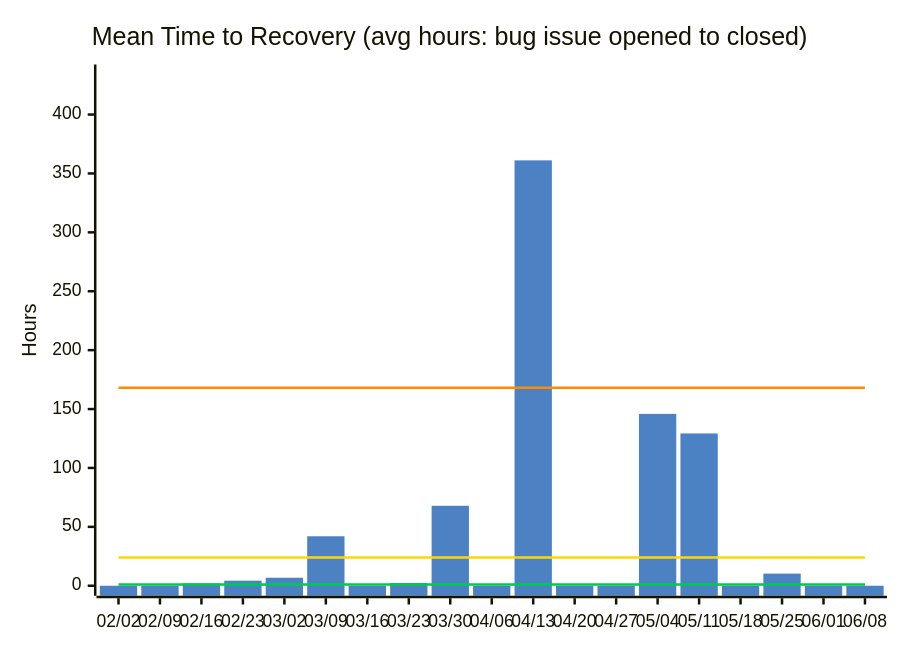
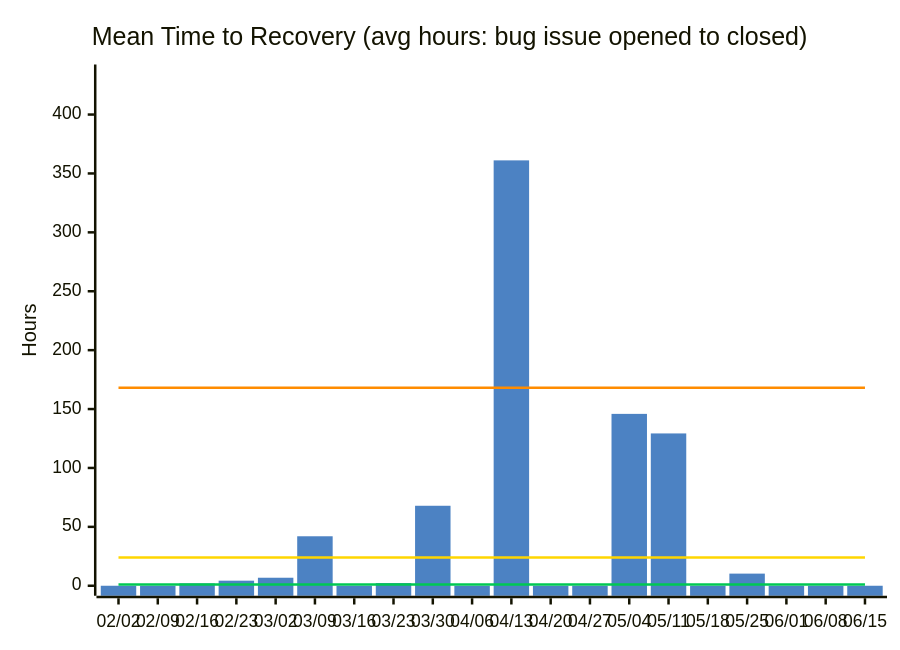
Before and after one commit to nablarch/nabledge-dev: the fourth of 14 diagrams in docs/metrics.md, drawn with Mermaid. The commit also changed other lines of this file and 2 other files, not shown here.

````diff
--- a/docs/metrics.md
+++ b/docs/metrics.md
@@ -73,11 +73,11 @@
 ```mermaid
 %%{init: {'theme': 'base', 'themeVariables': {'xyChart': {'plotColorPalette': '#4C82C3,#00C853,#FFD600,#FF8C00'}}}}%%
 xychart-beta
   title "Mean Time to Recovery (avg hours: bug issue opened to closed)"
-  x-axis ["02/02", "02/09", "02/16", "02/23", "03/02", "03/09", "03/16", "03/23", "03/30", "04/06", "04/13", "04/20", "04/27", "05/04", "05/11", "05/18", "05/25", "06/01", "06/08"]
+  x-axis ["02/02", "02/09", "02/16", "02/23", "03/02", "03/09", "03/16", "03/23", "03/30", "04/06", "04/13", "04/20", "04/27", "05/04", "05/11", "05/18", "05/25", "06/01", "06/08", "06/15"]
   y-axis "Hours" 0 --> 434
-  bar [0, 0, 2, 4.3, 6.8, 42, 0, 2.3, 67.9, 0, 361.1, 0, 0, 145.9, 129.3, 0, 10.3, 0, 0]
-  line [1, 1, 1, 1, 1, 1, 1, 1, 1, 1, 1, 1, 1, 1, 1, 1, 1, 1, 1]
-  line [24, 24, 24, 24, 24, 24, 24, 24, 24, 24, 24, 24, 24, 24, 24, 24, 24, 24, 24]
-  line [168, 168, 168, 168, 168, 168, 168, 168, 168, 168, 168, 168, 168, 168, 168, 168, 168, 168, 168]
+  bar [0, 0, 2, 4.3, 6.8, 42, 0, 2.3, 67.9, 0, 361.1, 0, 0, 145.9, 129.3, 0, 10.3, 0, 0, 0]
+  line [1, 1, 1, 1, 1, 1, 1, 1, 1, 1, 1, 1, 1, 1, 1, 1, 1, 1, 1, 1]
+  line [24, 24, 24, 24, 24, 24, 24, 24, 24, 24, 24, 24, 24, 24, 24, 24, 24, 24, 24, 24]
+  line [168, 168, 168, 168, 168, 168, 168, 168, 168, 168, 168, 168, 168, 168, 168, 168, 168, 168, 168, 168]
 ```
````
